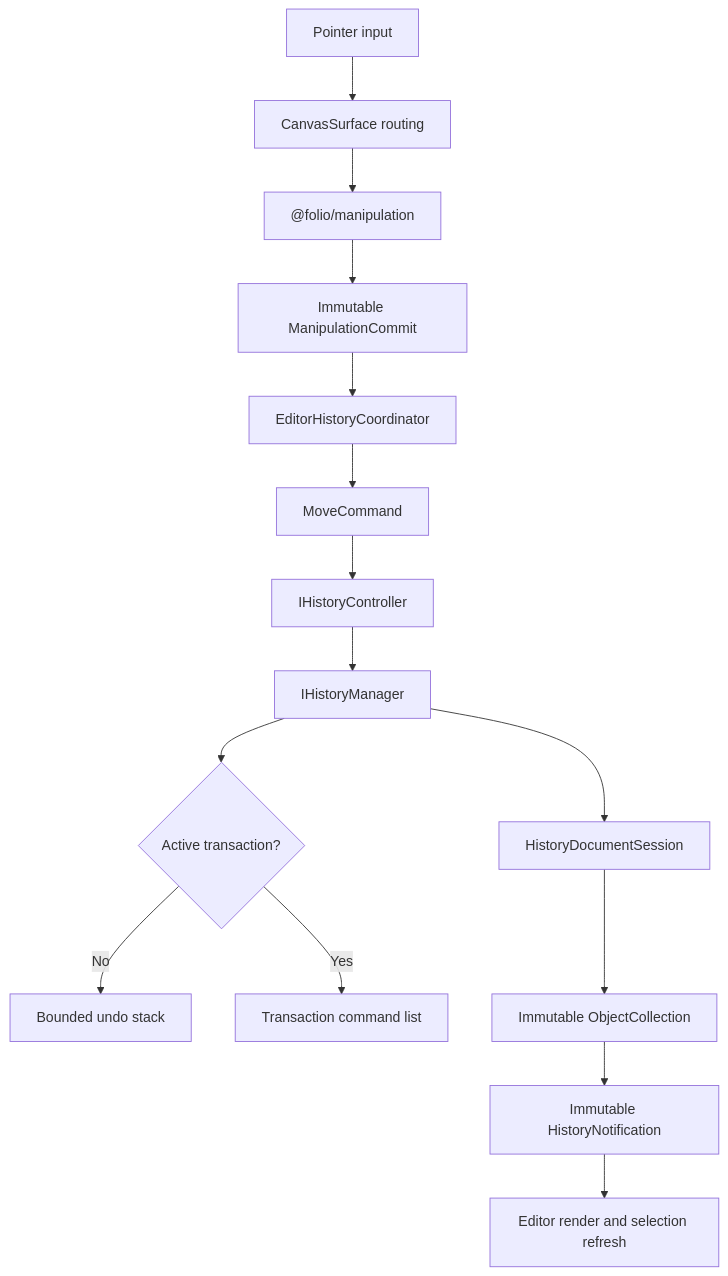
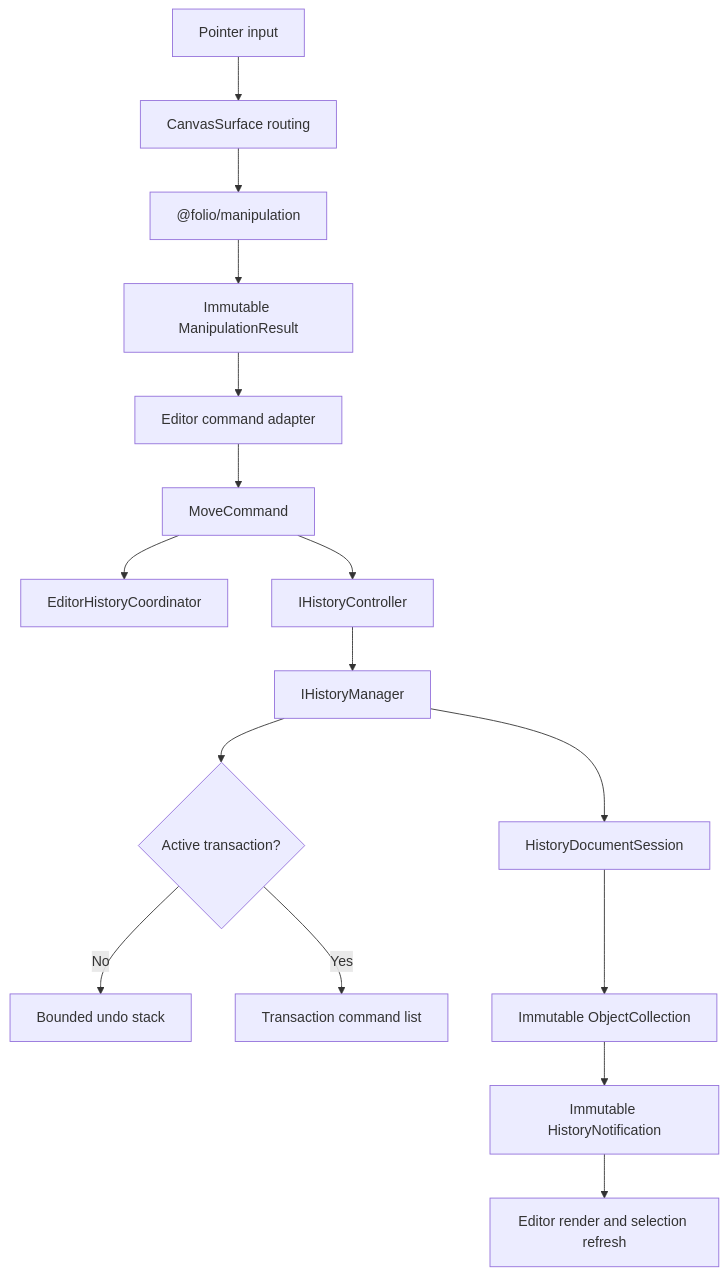
Before and after one commit to ritikpandey1981/digital-notes: the first of 3 diagrams in docs/architecture/PHASE11_HISTORY_ARCHITECTURE.md, drawn with Mermaid. The commit also changed other lines of this file and 75 other files, not shown here.

````diff
--- a/docs/architecture/PHASE11_HISTORY_ARCHITECTURE.md
+++ b/docs/architecture/PHASE11_HISTORY_ARCHITECTURE.md
@@ -49,17 +49,18 @@
 ```mermaid
 flowchart TD
     Pointer["Pointer input"] --> EditorInput["CanvasSurface routing"]
     EditorInput --> Manipulation["@folio/manipulation"]
-    Manipulation --> Commit["Immutable ManipulationCommit"]
-    Commit --> Coordinator["EditorHistoryCoordinator"]
-    Coordinator --> Move["MoveCommand"]
+    Manipulation --> Result["Immutable ManipulationResult"]
+    Result --> Adapter["Editor command adapter"]
+    Adapter --> Move["MoveCommand"]
+    Move --> Coordinator["EditorHistoryCoordinator"]
     Move --> Controller["IHistoryController"]
     Controller --> Manager["IHistoryManager"]
     Manager --> Transaction{"Active transaction?"}
     Transaction -- No --> Stack["Bounded undo stack"]
     Transaction -- Yes --> Group["Transaction command list"]
     Manager --> Session["HistoryDocumentSession"]
     Session --> Document["Immutable ObjectCollection"]
     Document --> Notification["Immutable HistoryNotification"]
     Notification --> Refresh["Editor render and selection refresh"]
 ```
````
